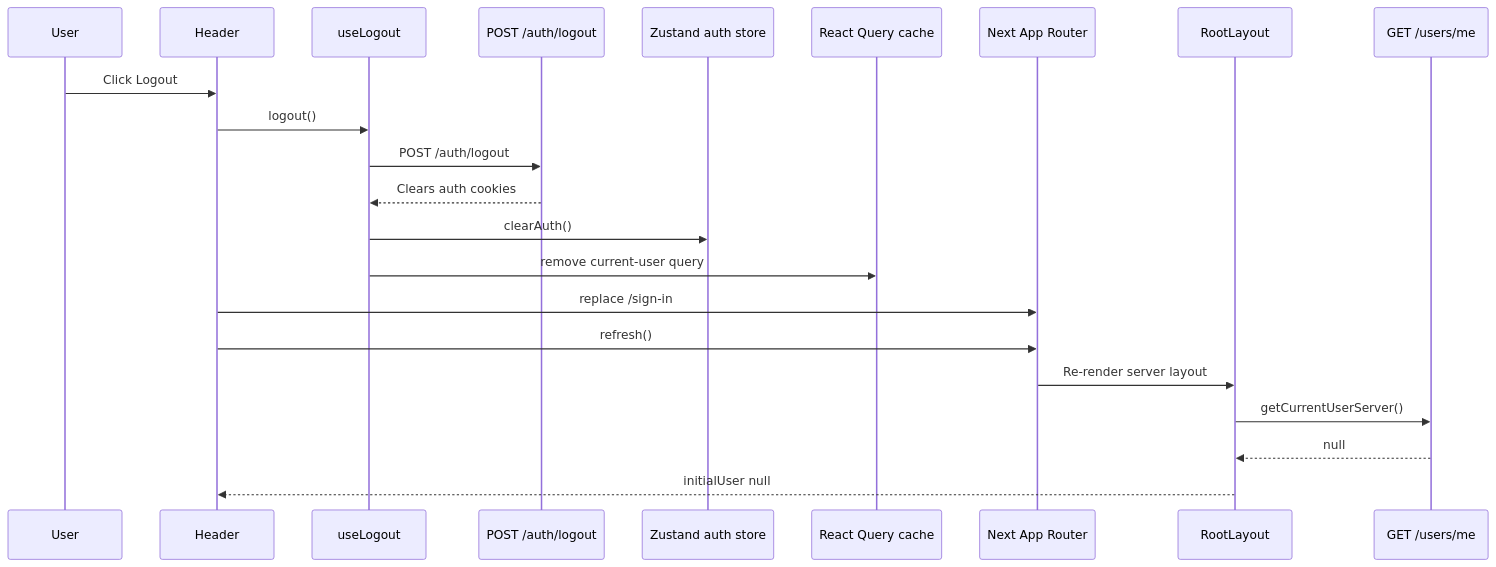
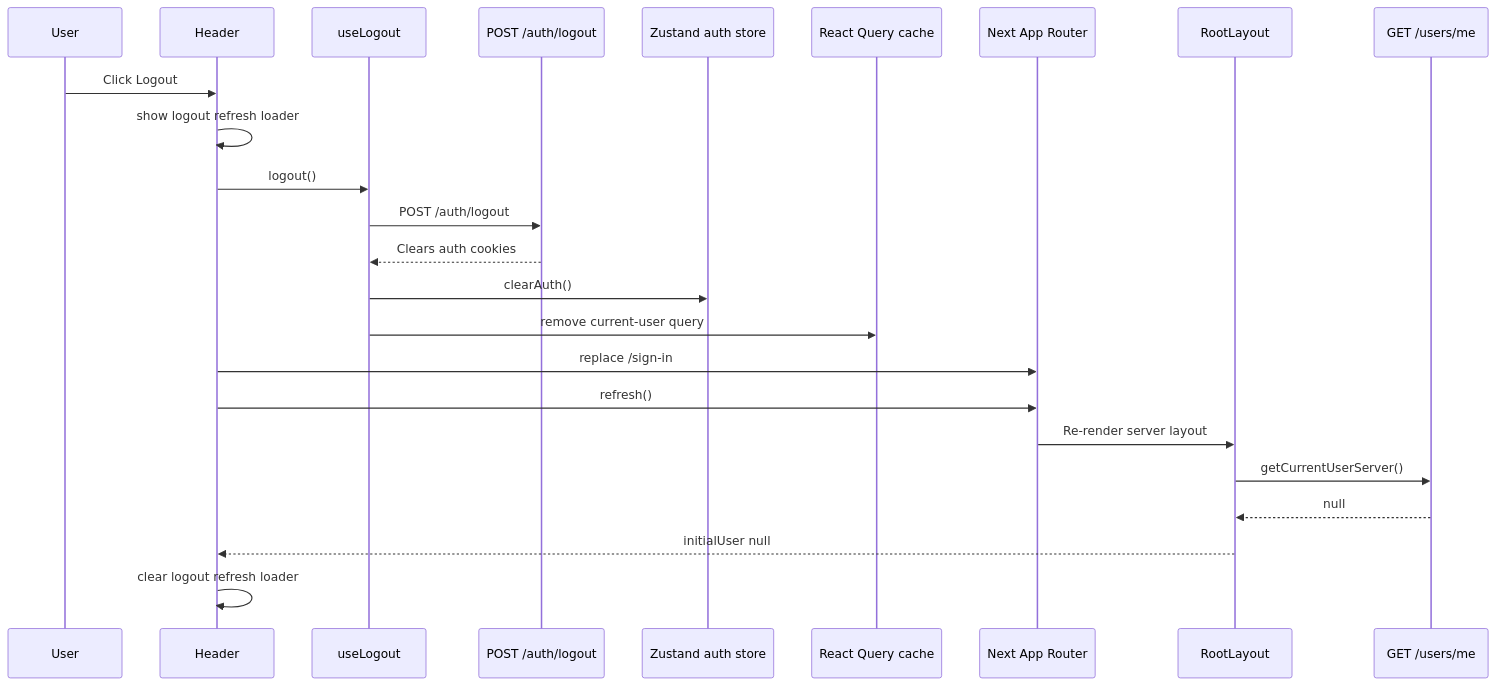
The third of 6 diagrams in front/src/docs/api-requests.md (KaterynaKocheharova/Practice-app), drawn with Mermaid before and after one commit. The commit also changed other lines of this file and 3 other files, not shown here.

Commit message:
fix jumping header on logout

````diff
--- a/front/src/docs/api-requests.md
+++ b/front/src/docs/api-requests.md
@@ -127,25 +127,27 @@
 ```mermaid
 sequenceDiagram
   participant User
   participant Header
   participant Hook as useLogout
   participant Backend as POST /auth/logout
   participant Store as Zustand auth store
   participant Query as React Query cache
   participant Router as Next App Router
   participant Layout as RootLayout
   participant Me as GET /users/me
 
   User->>Header: Click Logout
+  Header->>Header: show logout refresh loader
   Header->>Hook: logout()
   Hook->>Backend: POST /auth/logout
   Backend-->>Hook: Clears auth cookies
   Hook->>Store: clearAuth()
   Hook->>Query: remove current-user query
   Header->>Router: replace /sign-in
   Header->>Router: refresh()
   Router->>Layout: Re-render server layout
   Layout->>Me: getCurrentUserServer()
   Me-->>Layout: null
   Layout-->>Header: initialUser null
+  Header->>Header: clear logout refresh loader
 ```
````
